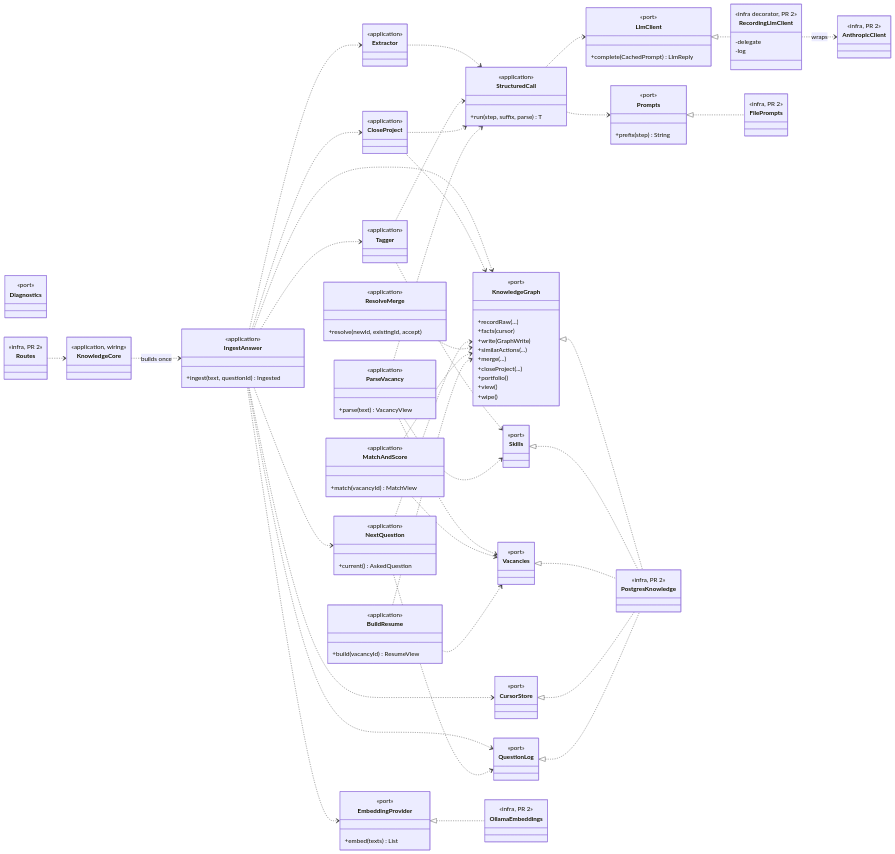
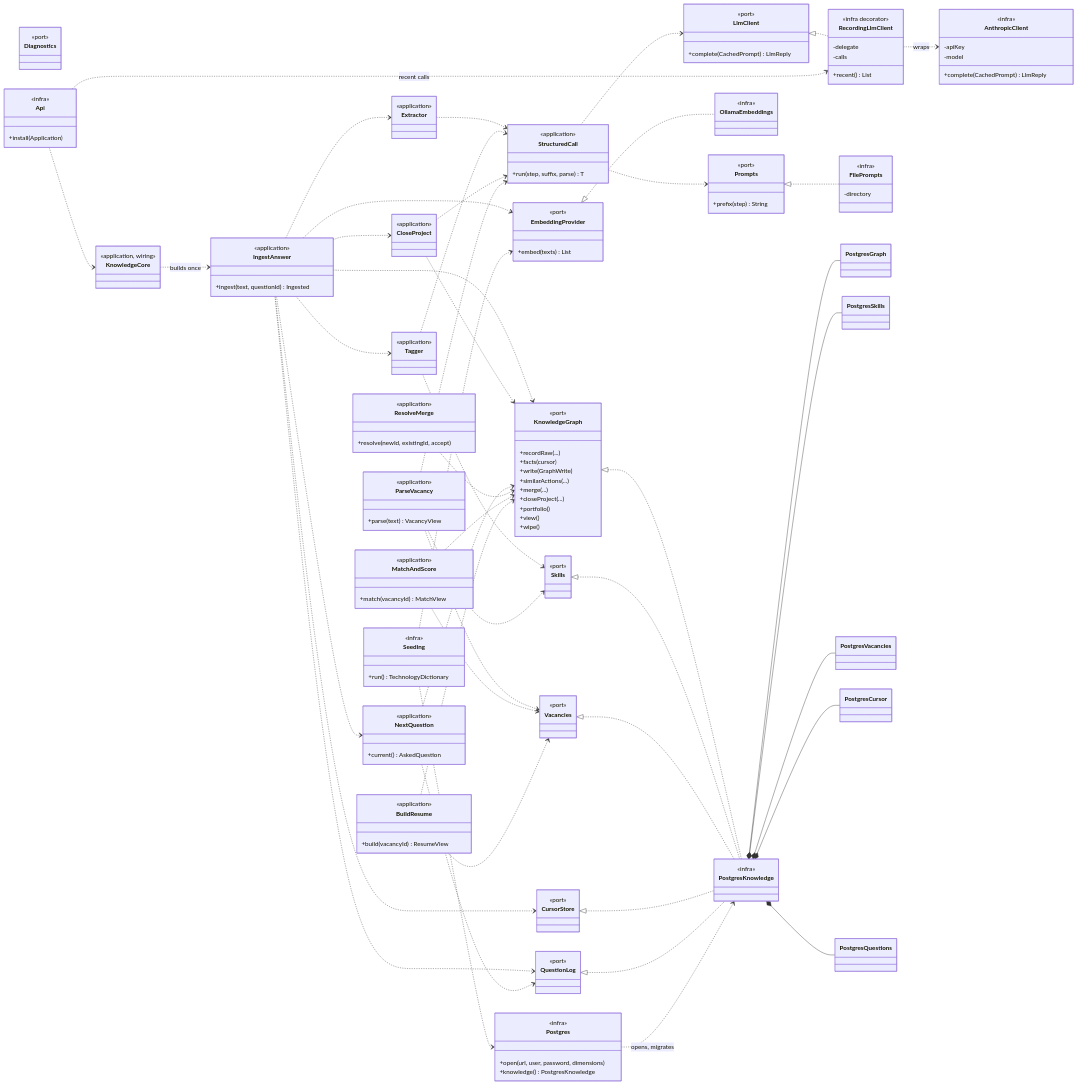
The fifth of 6 diagrams in docs/adr/ADR-101-knowledge-core-proof-of-concept.md (yuriisurzhykov/Tallyvane), drawn with Mermaid before and after one commit. The commit also changed other lines of this file and 45 other files, not shown here.

First line of the commit message:
Add the knowledge core infrastructure: Postgres with pgvector, model and embedding clients, routes (PR 2 of 3)

````diff
--- a/docs/adr/ADR-101-knowledge-core-proof-of-concept.md
+++ b/docs/adr/ADR-101-knowledge-core-proof-of-concept.md
@@ -442,24 +442,39 @@
     }
 
     class AnthropicClient {
-        <<infra, PR 2>>
+        <<infra>>
+        -apiKey
+        -model
+        +complete(CachedPrompt) LlmReply
     }
     class RecordingLlmClient {
-        <<infra decorator, PR 2>>
+        <<infra decorator>>
         -delegate
-        -log
+        -calls
+        +recent() List
     }
     class OllamaEmbeddings {
-        <<infra, PR 2>>
+        <<infra>>
     }
     class FilePrompts {
-        <<infra, PR 2>>
+        <<infra>>
+        -directory
+    }
+    class Postgres {
+        <<infra>>
+        +open(url, user, password, dimensions)
+        +knowledge() PostgresKnowledge
     }
     class PostgresKnowledge {
-        <<infra, PR 2>>
+        <<infra>>
     }
-    class Routes {
-        <<infra, PR 2>>
+    class Seeding {
+        <<infra>>
+        +run() TechnologyDictionary
+    }
+    class Api {
+        <<infra>>
+        +install(Application)
     }
 
     KnowledgeCore ..> IngestAnswer : builds once
@@ -497,5 +512,14 @@
     Vacancies <|.. PostgresKnowledge
     CursorStore <|.. PostgresKnowledge
     QuestionLog <|.. PostgresKnowledge
-    Routes ..> KnowledgeCore
+    PostgresKnowledge *-- PostgresGraph
+    PostgresKnowledge *-- PostgresSkills
+    PostgresKnowledge *-- PostgresVacancies
+    PostgresKnowledge *-- PostgresCursor
+    PostgresKnowledge *-- PostgresQuestions
+    Postgres ..> PostgresKnowledge : opens, migrates
+    Seeding ..> Postgres
+    Seeding ..> EmbeddingProvider
+    Api ..> KnowledgeCore
+    Api ..> RecordingLlmClient : recent calls
 ```
````
